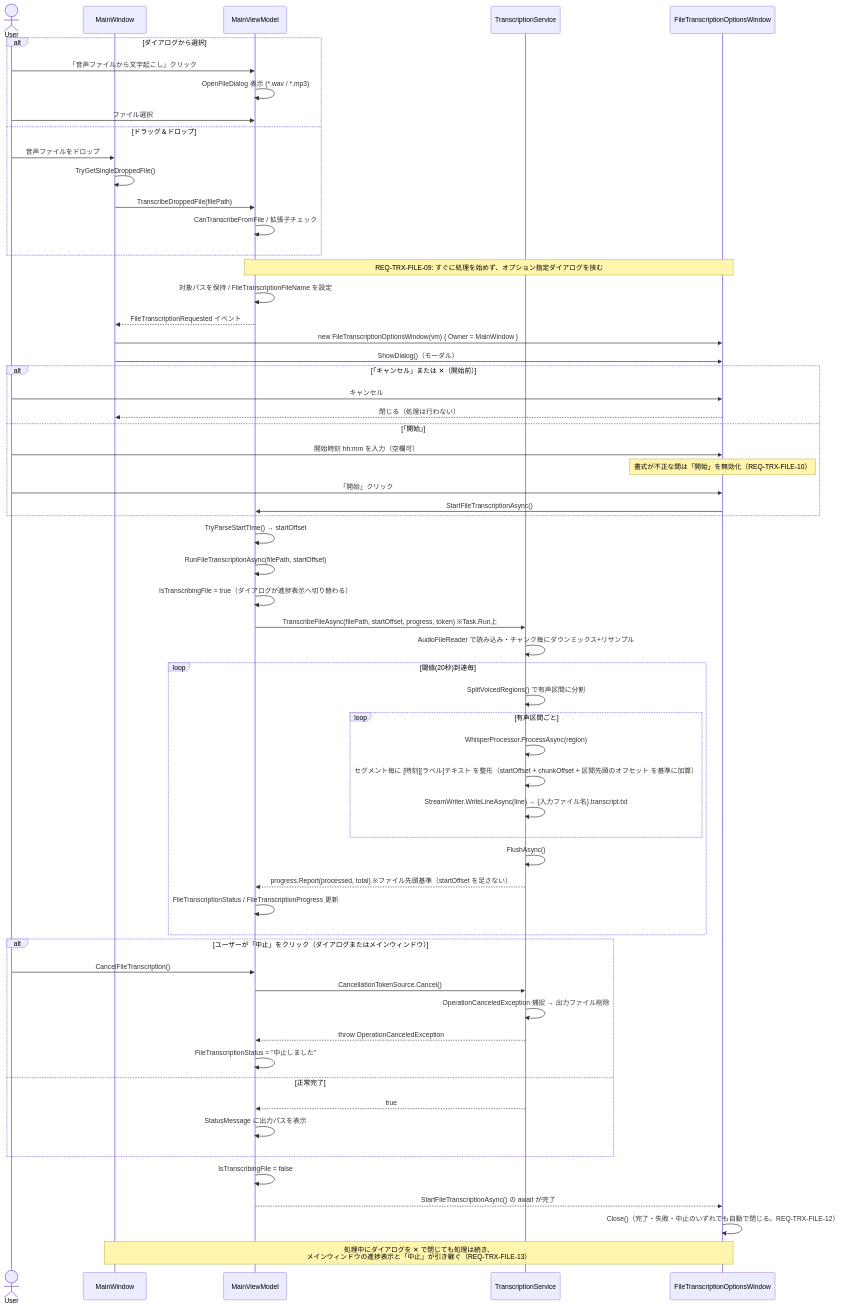
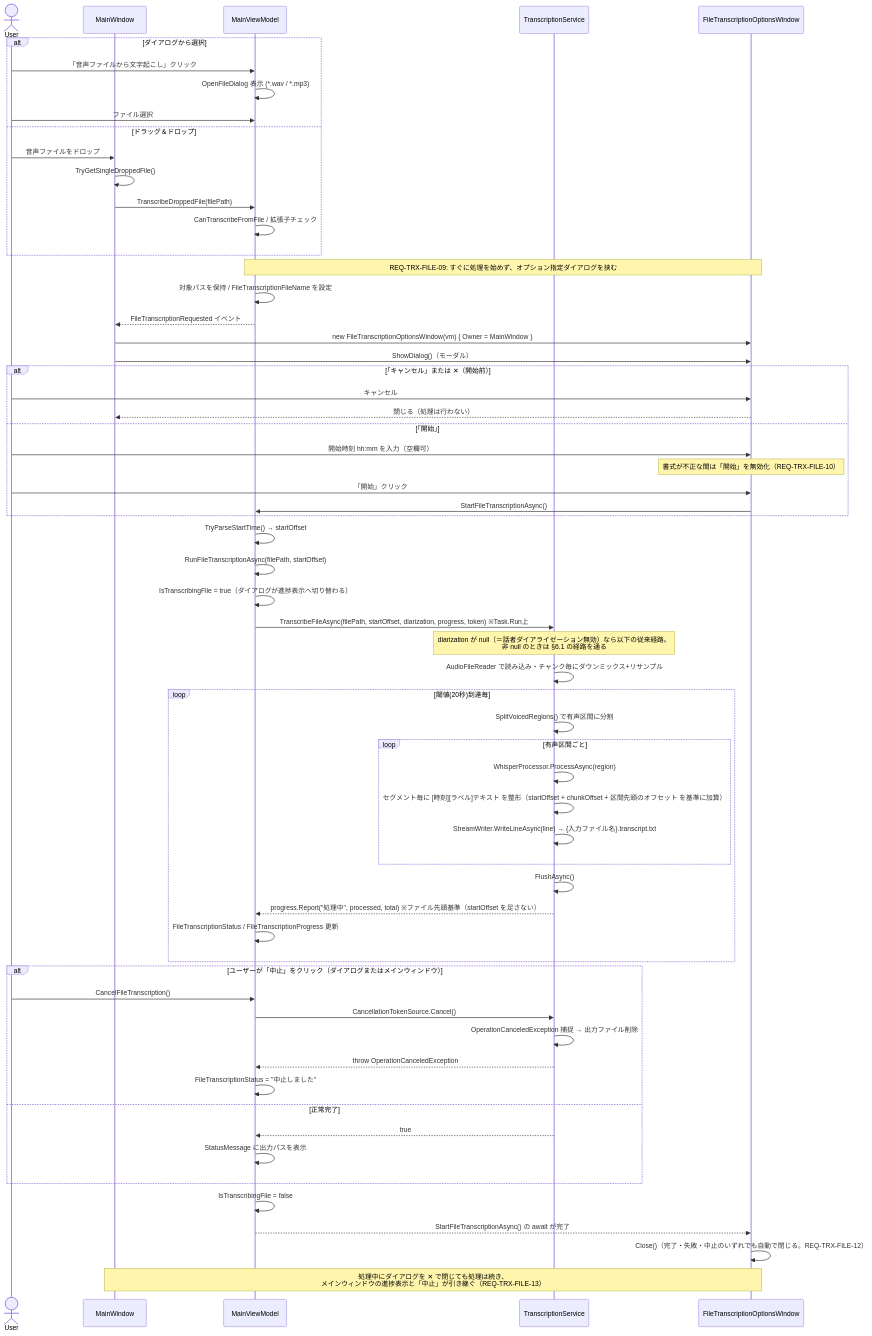
Before and after one commit to otomac/audio-capture-app: the sixth of 8 diagrams in docs/spec/04_sequence_diagram.md, drawn with Mermaid. The commit also changed other lines of this file and 20 other files, not shown here.

````diff
--- a/docs/spec/04_sequence_diagram.md
+++ b/docs/spec/04_sequence_diagram.md
@@ -180,71 +180,72 @@
 ```mermaid
 sequenceDiagram
     actor User
     participant MW as MainWindow
     participant VM as MainViewModel
     participant TS as TranscriptionService
 
     participant OW as FileTranscriptionOptionsWindow
 
     alt ダイアログから選択
         User->>VM: 「音声ファイルから文字起こし」クリック
         VM->>VM: OpenFileDialog 表示 (*.wav / *.mp3)
         User->>VM: ファイル選択
     else ドラッグ＆ドロップ
         User->>MW: 音声ファイルをドロップ
         MW->>MW: TryGetSingleDroppedFile()
         MW->>VM: TranscribeDroppedFile(filePath)
         VM->>VM: CanTranscribeFromFile / 拡張子チェック
     end
 
     Note over VM,OW: REQ-TRX-FILE-09: すぐに処理を始めず、オプション指定ダイアログを挟む
     VM->>VM: 対象パスを保持 / FileTranscriptionFileName を設定
     VM-->>MW: FileTranscriptionRequested イベント
     MW->>OW: new FileTranscriptionOptionsWindow(vm) { Owner = MainWindow }
     MW->>OW: ShowDialog()（モーダル）
 
     alt 「キャンセル」または ✕（開始前）
         User->>OW: キャンセル
         OW-->>MW: 閉じる（処理は行わない）
     else 「開始」
         User->>OW: 開始時刻 hh:mm を入力（空欄可）
         Note over OW: 書式が不正な間は「開始」を無効化（REQ-TRX-FILE-10）
         User->>OW: 「開始」クリック
         OW->>VM: StartFileTranscriptionAsync()
     end
 
     VM->>VM: TryParseStartTime() → startOffset
     VM->>VM: RunFileTranscriptionAsync(filePath, startOffset)
     VM->>VM: IsTranscribingFile = true（ダイアログが進捗表示へ切り替わる）
-    VM->>TS: TranscribeFileAsync(filePath, startOffset, progress, token) ※Task.Run上
+    VM->>TS: TranscribeFileAsync(filePath, startOffset, diarization, progress, token) ※Task.Run上
 
+    Note over TS: diarization が null（＝話者ダイアライゼーション無効）なら以下の従来経路。<br/>非 null のときは §6.1 の経路を通る
     TS->>TS: AudioFileReader で読み込み・チャンク毎にダウンミックス+リサンプル
     loop 閾値(20秒)到達毎
         TS->>TS: SplitVoicedRegions() で有声区間に分割
         loop 有声区間ごと
             TS->>TS: WhisperProcessor.ProcessAsync(region)
             TS->>TS: セグメント毎に [時刻][ラベル]テキスト を整形（startOffset + chunkOffset + 区間先頭のオフセット を基準に加算）
             TS->>TS: StreamWriter.WriteLineAsync(line) → {入力ファイル名}.transcript.txt
         end
         TS->>TS: FlushAsync()
-        TS-->>VM: progress.Report(processed, total) ※ファイル先頭基準（startOffset を足さない）
+        TS-->>VM: progress.Report("処理中", processed, total) ※ファイル先頭基準（startOffset を足さない）
         VM->>VM: FileTranscriptionStatus / FileTranscriptionProgress 更新
     end
 
     alt ユーザーが「中止」をクリック（ダイアログまたはメインウィンドウ）
         User->>VM: CancelFileTranscription()
         VM->>TS: CancellationTokenSource.Cancel()
         TS->>TS: OperationCanceledException 捕捉 → 出力ファイル削除
         TS-->>VM: throw OperationCanceledException
         VM->>VM: FileTranscriptionStatus = "中止しました"
     else 正常完了
         TS-->>VM: true
         VM->>VM: StatusMessage に出力パスを表示
     end
 
     VM->>VM: IsTranscribingFile = false
     VM-->>OW: StartFileTranscriptionAsync() の await が完了
     OW->>OW: Close()（完了・失敗・中止のいずれでも自動で閉じる。REQ-TRX-FILE-12）
 
     Note over MW,OW: 処理中にダイアログを ✕ で閉じても処理は続き、<br/>メインウィンドウの進捗表示と「中止」が引き継ぐ（REQ-TRX-FILE-13）
 ```
````
